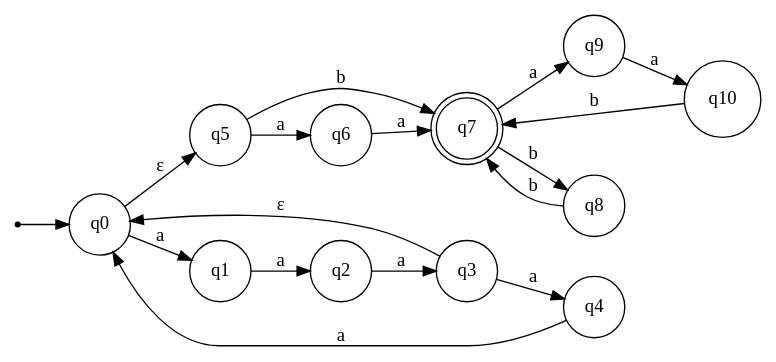
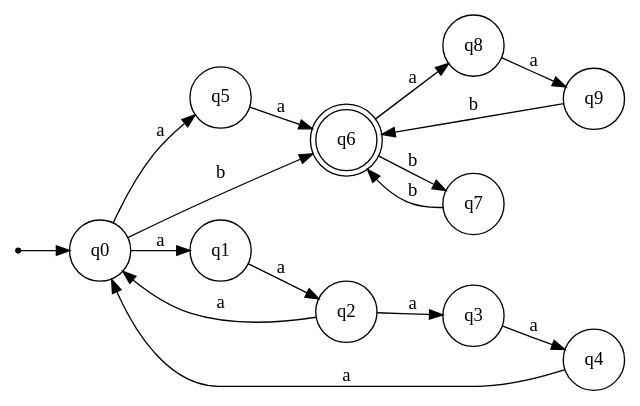
The diagram in lab2/dot/nka.dot (Boyleee/TFL), drawn with Graphviz before and after one commit. The commit also changed 3 other files, not shown here.

```diff
--- a/lab2/dot/nka.dot
+++ b/lab2/dot/nka.dot
@@ -1,27 +1,26 @@
 digraph NFA {
     rankdir=LR;
     node [shape=circle];
 
     start [shape=point];
     start->q0;
-    q7[shape=doublecircle];
+    q6[shape=doublecircle];
 
     q0->q1[label="a"];
     q1->q2[label="a"];
+    q2->q0[label="a"];
     q2->q3[label="a"];
-    q3->q0[label="ε"];
     q3->q4[label="a"];
     q4->q0[label="a"];
 
-    q0->q5[label="ε"];
-    q5->q7[label="b"];
+    q0->q6[label="b"];
+    q0->q5[label="a"];
     q5->q6[label="a"];
-    q6->q7[label="a"];
 
-    q7->q8[label="b"];
-    q8->q7[label="b"];
+    q6->q7[label="b"];
+    q7->q6[label="b"];
 
-    q7->q9[label="a"];
-    q9->q10[label="a"];
-    q10->q7[label="b"];
+    q6->q8[label="a"];
+    q8->q9[label="a"];
+    q9->q6[label="b"];
 }
```
